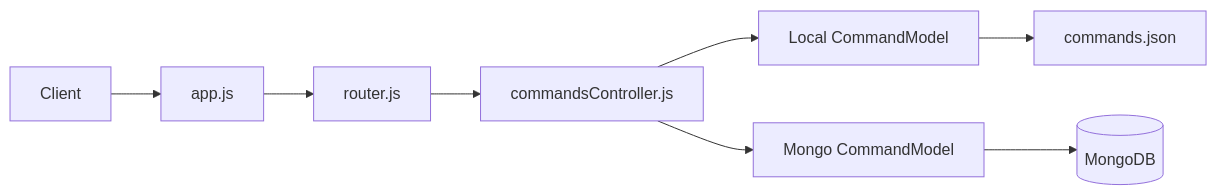
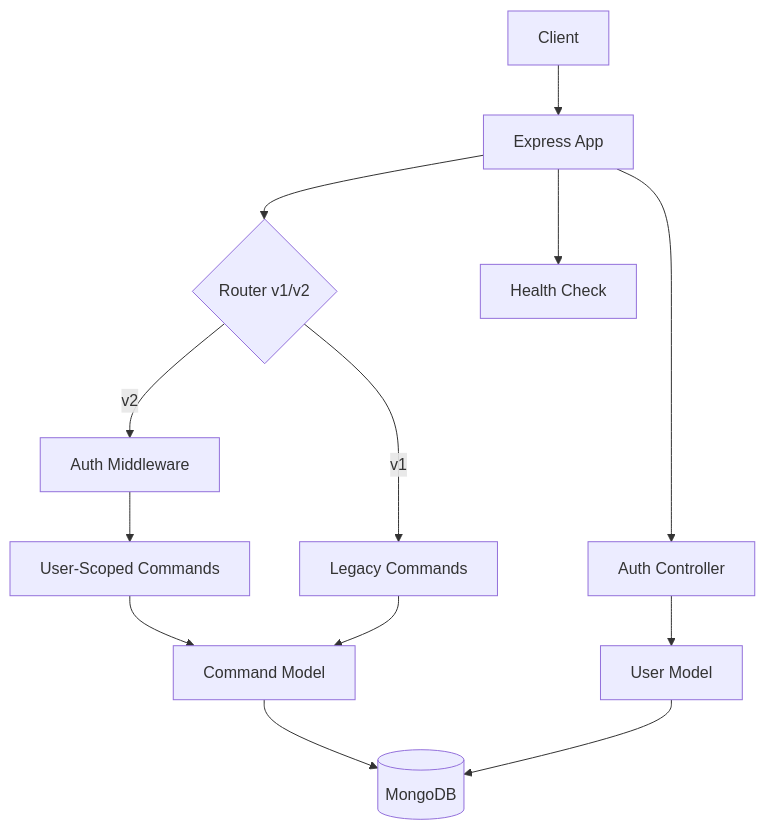
Before and after one commit to JDXE22/commander_backend: the diagram in ARCHITECTURE.md, drawn with Mermaid. The commit also changed other lines of this file and 1 other file, not shown here.

First line of the commit message:
docs: document v2 authentication and user ownership

````diff
--- a/ARCHITECTURE.md
+++ b/ARCHITECTURE.md
@@ -7,10 +9,15 @@
 ```mermaid
-flowchart LR
-    A[Client] --> B[app.js]
-    B --> C[router.js]
-    C --> D[commandsController.js]
-    D --> E[Local CommandModel]
-    D --> F[Mongo CommandModel]
-    E --> G[commands.json]
-    F --> H[(MongoDB)]
+flowchart TD
+    A[Client] --> B[Express App]
+    B --> C{Router v1/v2}
+    C -->|v1| D[Legacy Commands]
+    C -->|v2| E[Auth Middleware]
+    E --> F[User-Scoped Commands]
+    F --> G[Command Model]
+    D --> G
+    G --> H[(MongoDB)]
+    B --> I[Auth Controller]
+    I --> J[User Model]
+    J --> H
+    B --> K[Health Check]
 ```
````
